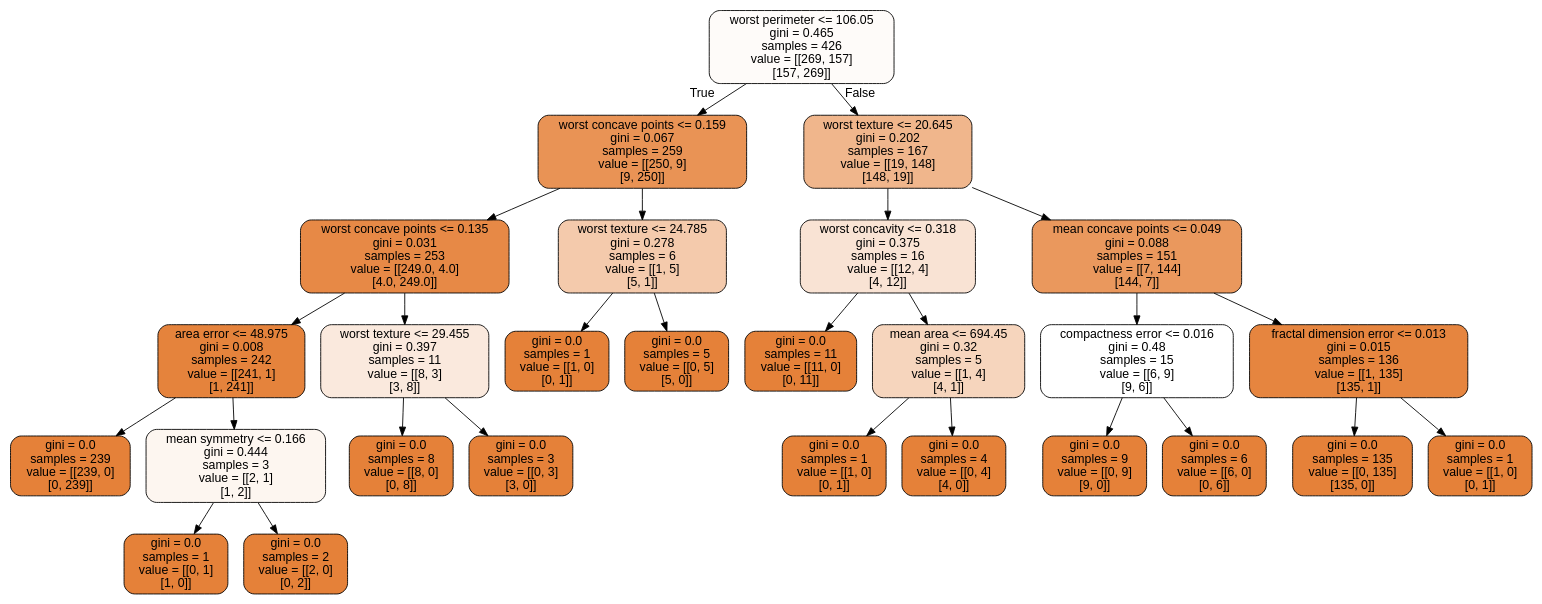
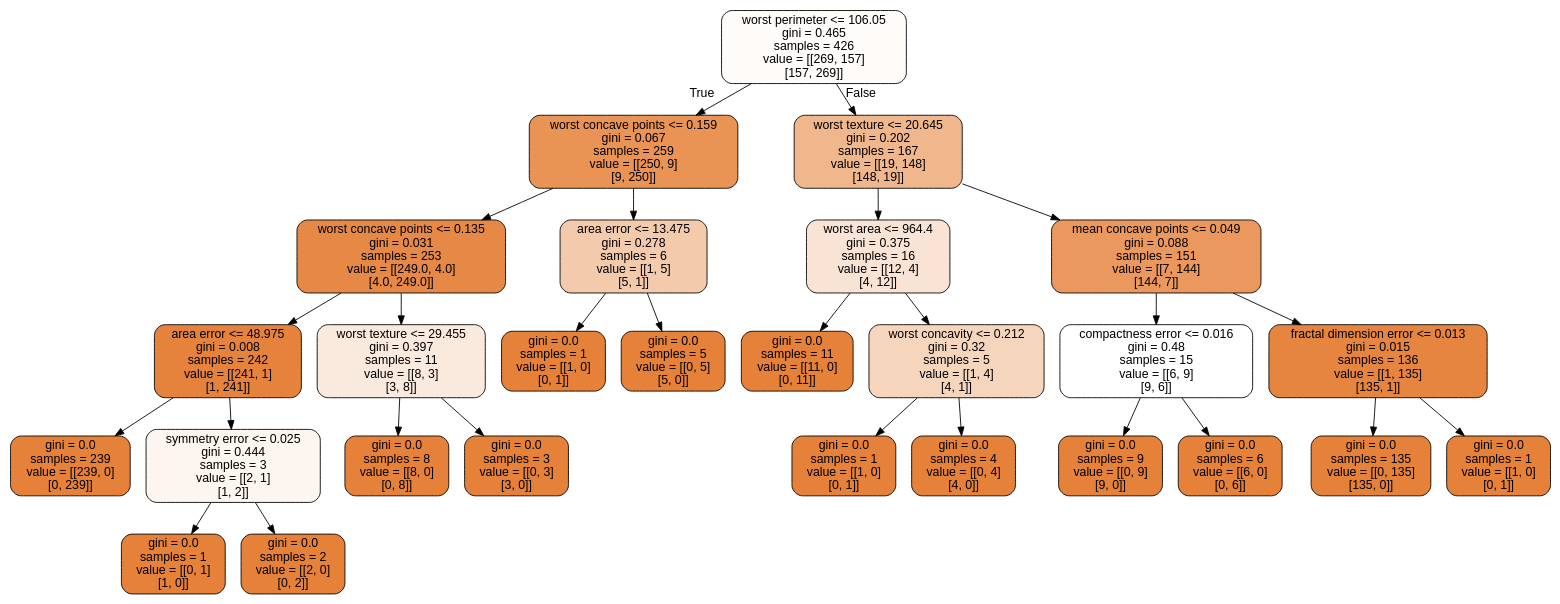
The diagram in doc/LectureNotes/DataFiles/cancer.dot (CompPhysics/MachineLearning), drawn with Graphviz before and after one commit. The commit also changed 378 other files, not shown here.

```diff
--- a/doc/LectureNotes/DataFiles/cancer.dot
+++ b/doc/LectureNotes/DataFiles/cancer.dot
@@ -1,57 +1,57 @@
 digraph Tree {
 node [shape=box, style="filled, rounded", color="black", fontname="helvetica"] ;
 edge [fontname="helvetica"] ;
 0 [label="worst perimeter <= 106.05\ngini = 0.465\nsamples = 426\nvalue = [[269, 157]\n[157, 269]]", fillcolor="#fefbf9"] ;
 1 [label="worst concave points <= 0.159\ngini = 0.067\nsamples = 259\nvalue = [[250, 9]\n[9, 250]]", fillcolor="#e99355"] ;
 0 -> 1 [labeldistance=2.5, labelangle=45, headlabel="True"] ;
 2 [label="worst concave points <= 0.135\ngini = 0.031\nsamples = 253\nvalue = [[249.0, 4.0]\n[4.0, 249.0]]", fillcolor="#e78946"] ;
 1 -> 2 ;
 3 [label="area error <= 48.975\ngini = 0.008\nsamples = 242\nvalue = [[241, 1]\n[1, 241]]", fillcolor="#e5833c"] ;
 2 -> 3 ;
 4 [label="gini = 0.0\nsamples = 239\nvalue = [[239, 0]\n[0, 239]]", fillcolor="#e58139"] ;
 3 -> 4 ;
-5 [label="mean symmetry <= 0.166\ngini = 0.444\nsamples = 3\nvalue = [[2, 1]\n[1, 2]]", fillcolor="#fdf6f0"] ;
+5 [label="symmetry error <= 0.025\ngini = 0.444\nsamples = 3\nvalue = [[2, 1]\n[1, 2]]", fillcolor="#fdf6f0"] ;
 3 -> 5 ;
 6 [label="gini = 0.0\nsamples = 1\nvalue = [[0, 1]\n[1, 0]]", fillcolor="#e58139"] ;
 5 -> 6 ;
 7 [label="gini = 0.0\nsamples = 2\nvalue = [[2, 0]\n[0, 2]]", fillcolor="#e58139"] ;
 5 -> 7 ;
 8 [label="worst texture <= 29.455\ngini = 0.397\nsamples = 11\nvalue = [[8, 3]\n[3, 8]]", fillcolor="#fae9dd"] ;
 2 -> 8 ;
 9 [label="gini = 0.0\nsamples = 8\nvalue = [[8, 0]\n[0, 8]]", fillcolor="#e58139"] ;
 8 -> 9 ;
 10 [label="gini = 0.0\nsamples = 3\nvalue = [[0, 3]\n[3, 0]]", fillcolor="#e58139"] ;
 8 -> 10 ;
-11 [label="worst texture <= 24.785\ngini = 0.278\nsamples = 6\nvalue = [[1, 5]\n[5, 1]]", fillcolor="#f4caac"] ;
+11 [label="area error <= 13.475\ngini = 0.278\nsamples = 6\nvalue = [[1, 5]\n[5, 1]]", fillcolor="#f4caac"] ;
 1 -> 11 ;
 12 [label="gini = 0.0\nsamples = 1\nvalue = [[1, 0]\n[0, 1]]", fillcolor="#e58139"] ;
 11 -> 12 ;
 13 [label="gini = 0.0\nsamples = 5\nvalue = [[0, 5]\n[5, 0]]", fillcolor="#e58139"] ;
 11 -> 13 ;
 14 [label="worst texture <= 20.645\ngini = 0.202\nsamples = 167\nvalue = [[19, 148]\n[148, 19]]", fillcolor="#f0b68c"] ;
 0 -> 14 [labeldistance=2.5, labelangle=-45, headlabel="False"] ;
-15 [label="worst concavity <= 0.318\ngini = 0.375\nsamples = 16\nvalue = [[12, 4]\n[4, 12]]", fillcolor="#f9e3d4"] ;
+15 [label="worst area <= 964.4\ngini = 0.375\nsamples = 16\nvalue = [[12, 4]\n[4, 12]]", fillcolor="#f9e3d4"] ;
 14 -> 15 ;
 16 [label="gini = 0.0\nsamples = 11\nvalue = [[11, 0]\n[0, 11]]", fillcolor="#e58139"] ;
 15 -> 16 ;
-17 [label="mean area <= 694.45\ngini = 0.32\nsamples = 5\nvalue = [[1, 4]\n[4, 1]]", fillcolor="#f6d5bd"] ;
+17 [label="worst concavity <= 0.212\ngini = 0.32\nsamples = 5\nvalue = [[1, 4]\n[4, 1]]", fillcolor="#f6d5bd"] ;
 15 -> 17 ;
 18 [label="gini = 0.0\nsamples = 1\nvalue = [[1, 0]\n[0, 1]]", fillcolor="#e58139"] ;
 17 -> 18 ;
 19 [label="gini = 0.0\nsamples = 4\nvalue = [[0, 4]\n[4, 0]]", fillcolor="#e58139"] ;
 17 -> 19 ;
 20 [label="mean concave points <= 0.049\ngini = 0.088\nsamples = 151\nvalue = [[7, 144]\n[144, 7]]", fillcolor="#ea985d"] ;
 14 -> 20 ;
 21 [label="compactness error <= 0.016\ngini = 0.48\nsamples = 15\nvalue = [[6, 9]\n[9, 6]]", fillcolor="#ffffff"] ;
 20 -> 21 ;
 22 [label="gini = 0.0\nsamples = 9\nvalue = [[0, 9]\n[9, 0]]", fillcolor="#e58139"] ;
 21 -> 22 ;
 23 [label="gini = 0.0\nsamples = 6\nvalue = [[6, 0]\n[0, 6]]", fillcolor="#e58139"] ;
 21 -> 23 ;
 24 [label="fractal dimension error <= 0.013\ngini = 0.015\nsamples = 136\nvalue = [[1, 135]\n[135, 1]]", fillcolor="#e6853f"] ;
 20 -> 24 ;
 25 [label="gini = 0.0\nsamples = 135\nvalue = [[0, 135]\n[135, 0]]", fillcolor="#e58139"] ;
 24 -> 25 ;
 26 [label="gini = 0.0\nsamples = 1\nvalue = [[1, 0]\n[0, 1]]", fillcolor="#e58139"] ;
 24 -> 26 ;
 }
```
